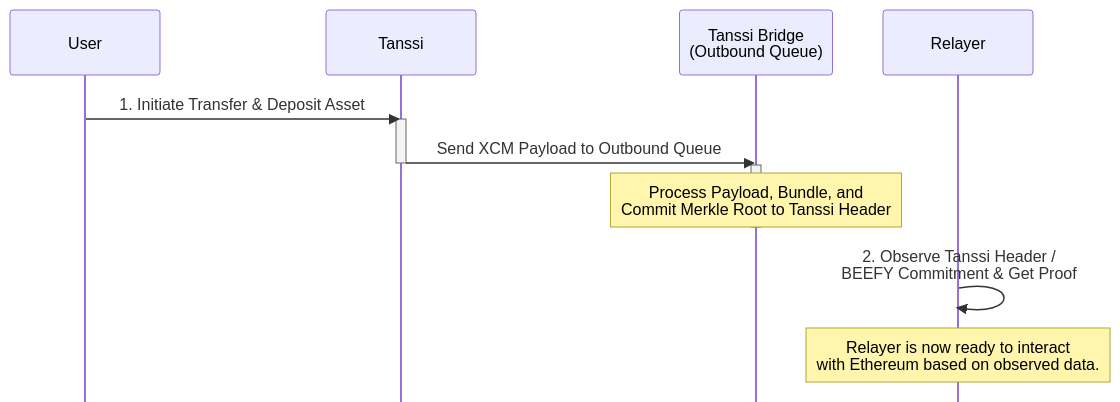
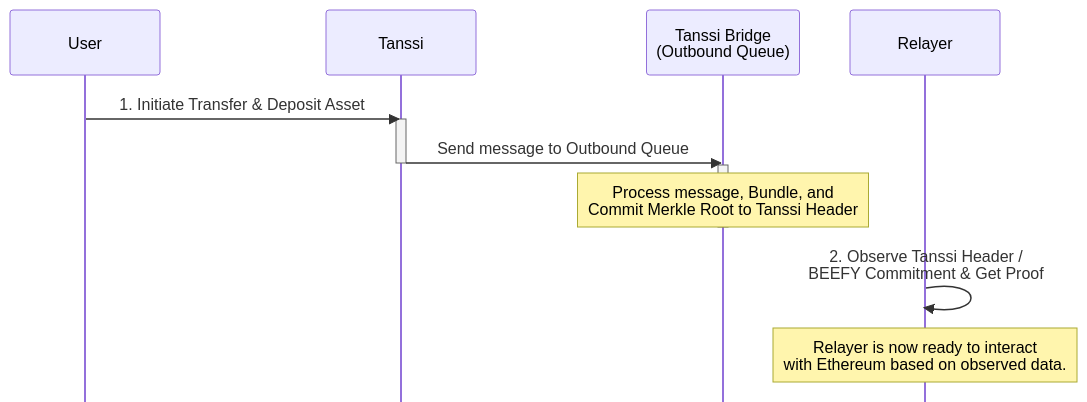
One commit to moondance-labs/tanssi-docs changed the sixth of 7 diagrams in learn/tanssi/tanssi-ethereum-bridge.md. Above: the diagram before and after it, drawn with Mermaid. The commit also changed other lines of this file and 1 other file, not shown here.

````diff
--- a/learn/tanssi/tanssi-ethereum-bridge.md
+++ b/learn/tanssi/tanssi-ethereum-bridge.md
@@ -206,20 +204,20 @@
 ```mermaid
 sequenceDiagram
     %%{init: {'sequence': {'mirrorActors': false}}}%%
     participant User
     participant TAH as Tanssi
     participant TBP as Tanssi Bridge<br/> (Outbound Queue)
     participant Relayer
 
     User->>TAH: 1. Initiate Transfer & Deposit Asset
     activate TAH
-    TAH->>TBP: Send XCM Payload to Outbound Queue
+    TAH->>TBP: Send message to Outbound Queue
     deactivate TAH
 
     activate TBP
-    Note over TBP: Process Payload, Bundle, and<br/>Commit Merkle Root to Tanssi Header
+    Note over TBP: Process message, Bundle, and<br/>Commit Merkle Root to Tanssi Header
     deactivate TBP
 
     Relayer->>Relayer: 2. Observe Tanssi Header /<br/>BEEFY Commitment & Get Proof
     Note over Relayer: Relayer is now ready to interact<br/>with Ethereum based on observed data.
 ```
````
